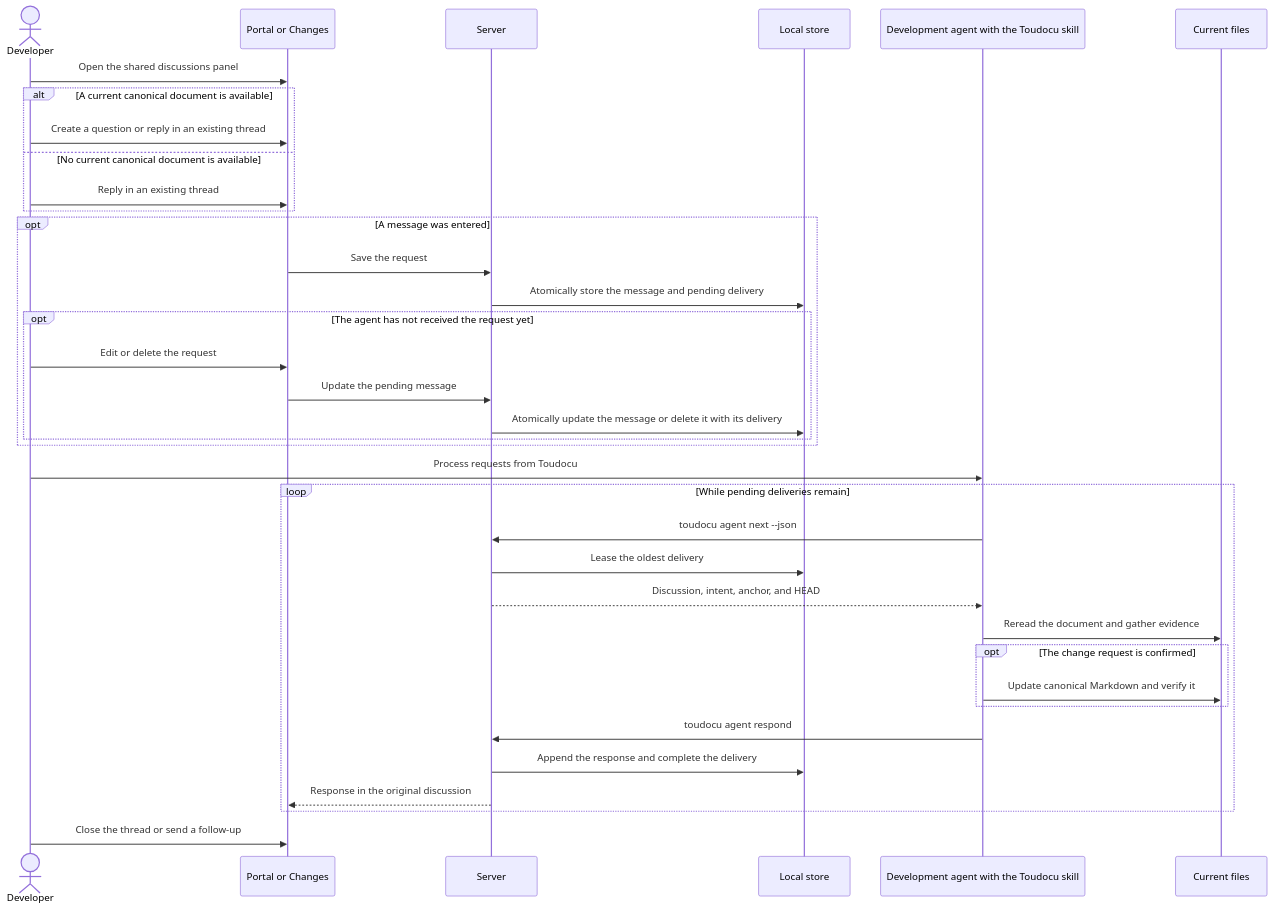
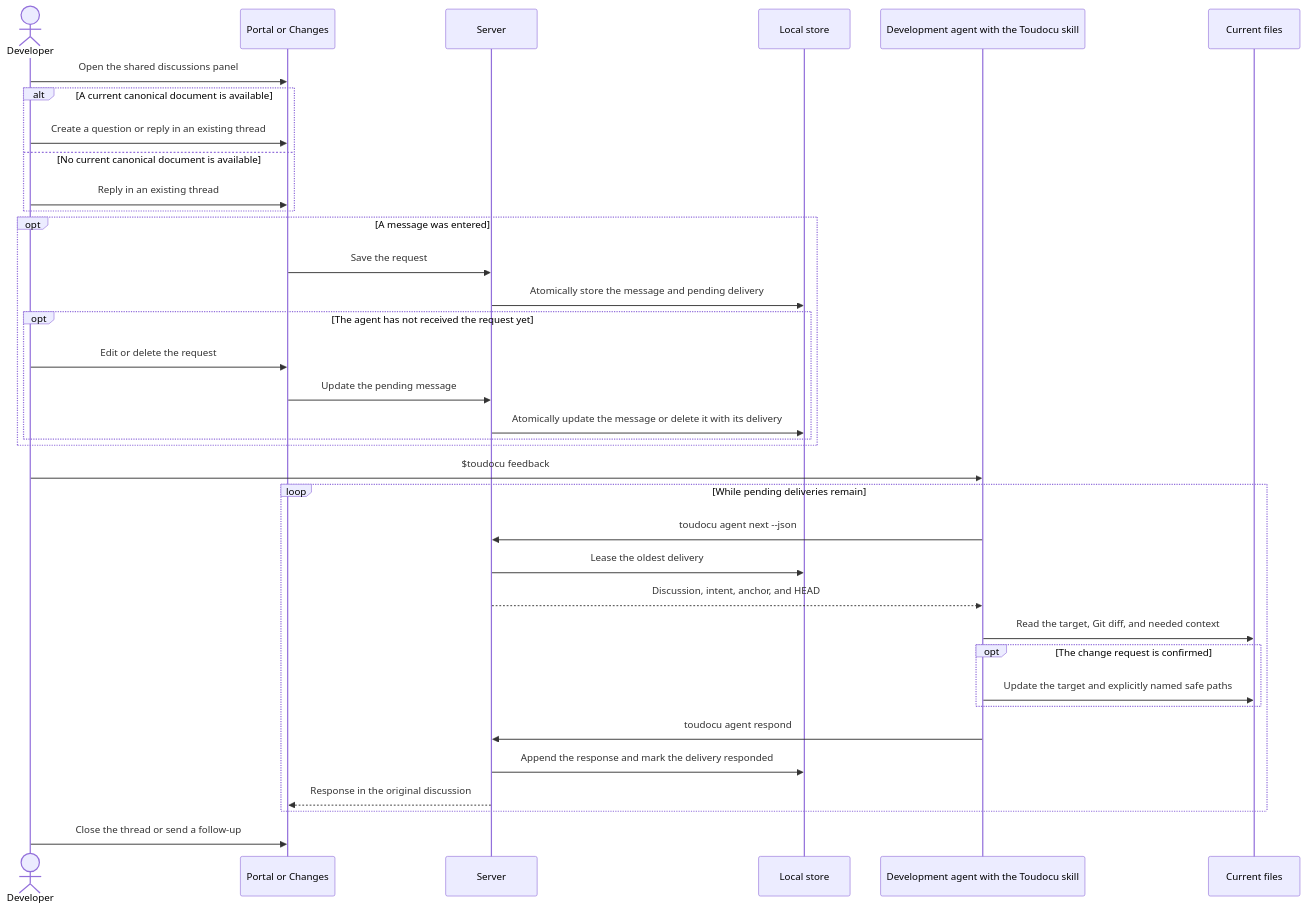
One commit to lumenikoly/toudocu changed the diagram in docs-en/flows/FLOW-AGENT-FEEDBACK.md. Above: the diagram before and after it, drawn with Mermaid. The commit also changed other lines of this file and 96 other files, not shown here.

````diff
--- a/docs-en/flows/FLOW-AGENT-FEEDBACK.md
+++ b/docs-en/flows/FLOW-AGENT-FEEDBACK.md
@@ -10,39 +10,39 @@
 ```mermaid
 sequenceDiagram
     actor Human as Developer
     participant UI as Portal or Changes
     participant Core as Server
     participant Store as Local store
     participant Agent as Development agent with the Toudocu skill
     participant Files as Current files
 
     Human->>UI: Open the shared discussions panel
     alt A current canonical document is available
         Human->>UI: Create a question or reply in an existing thread
     else No current canonical document is available
         Human->>UI: Reply in an existing thread
     end
     opt A message was entered
         UI->>Core: Save the request
         Core->>Store: Atomically store the message and pending delivery
         opt The agent has not received the request yet
             Human->>UI: Edit or delete the request
             UI->>Core: Update the pending message
             Core->>Store: Atomically update the message or delete it with its delivery
         end
     end
-    Human->>Agent: Process requests from Toudocu
+    Human->>Agent: $toudocu feedback
     loop While pending deliveries remain
         Agent->>Core: toudocu agent next --json
         Core->>Store: Lease the oldest delivery
         Core-->>Agent: Discussion, intent, anchor, and HEAD
-        Agent->>Files: Reread the document and gather evidence
+        Agent->>Files: Read the target, Git diff, and needed context
         opt The change request is confirmed
-            Agent->>Files: Update canonical Markdown and verify it
+            Agent->>Files: Update the target and explicitly named safe paths
         end
         Agent->>Core: toudocu agent respond
-        Core->>Store: Append the response and complete the delivery
+        Core->>Store: Append the response and mark the delivery responded
         Core-->>UI: Response in the original discussion
     end
     Human->>UI: Close the thread or send a follow-up
 ```
````
